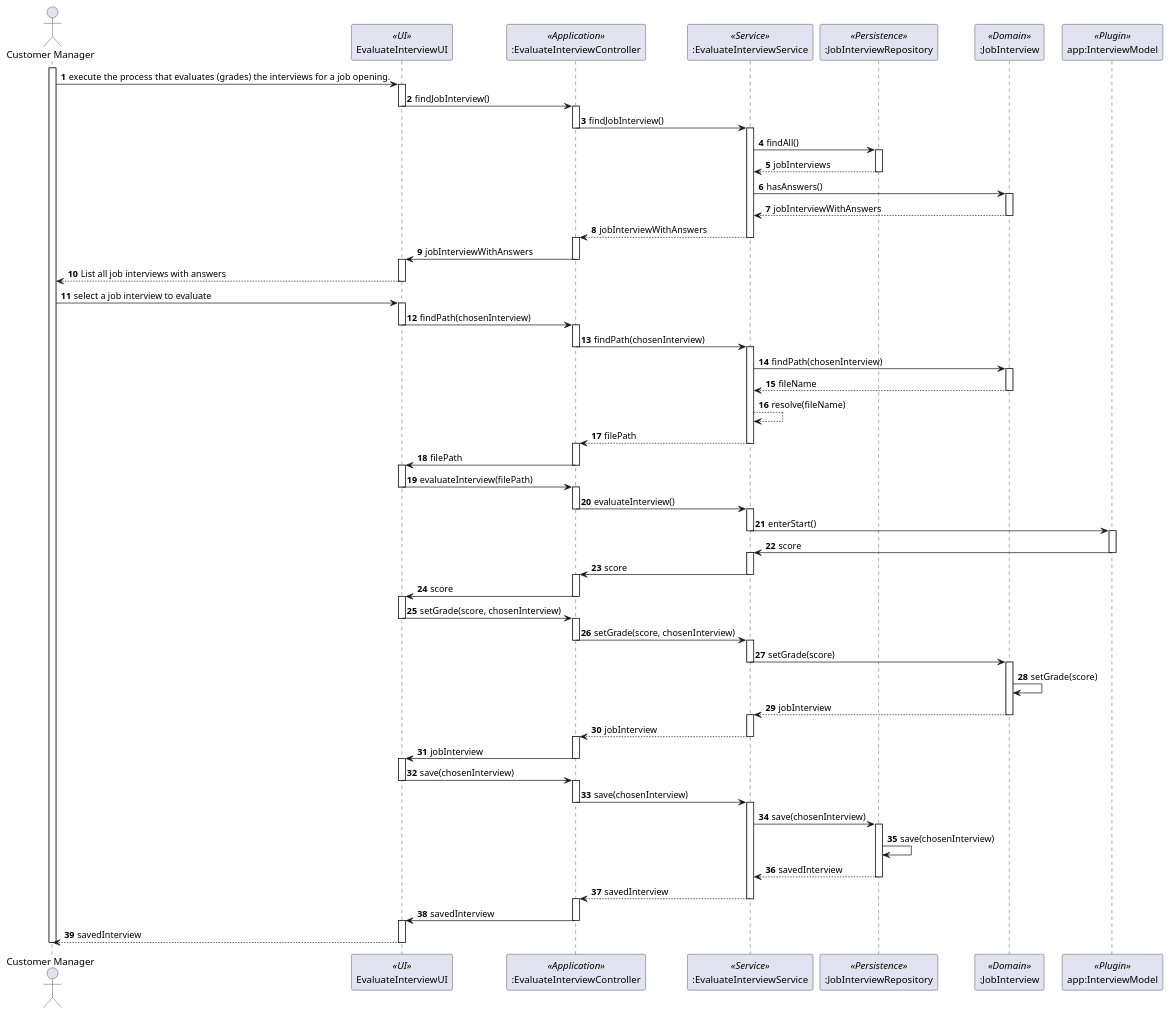
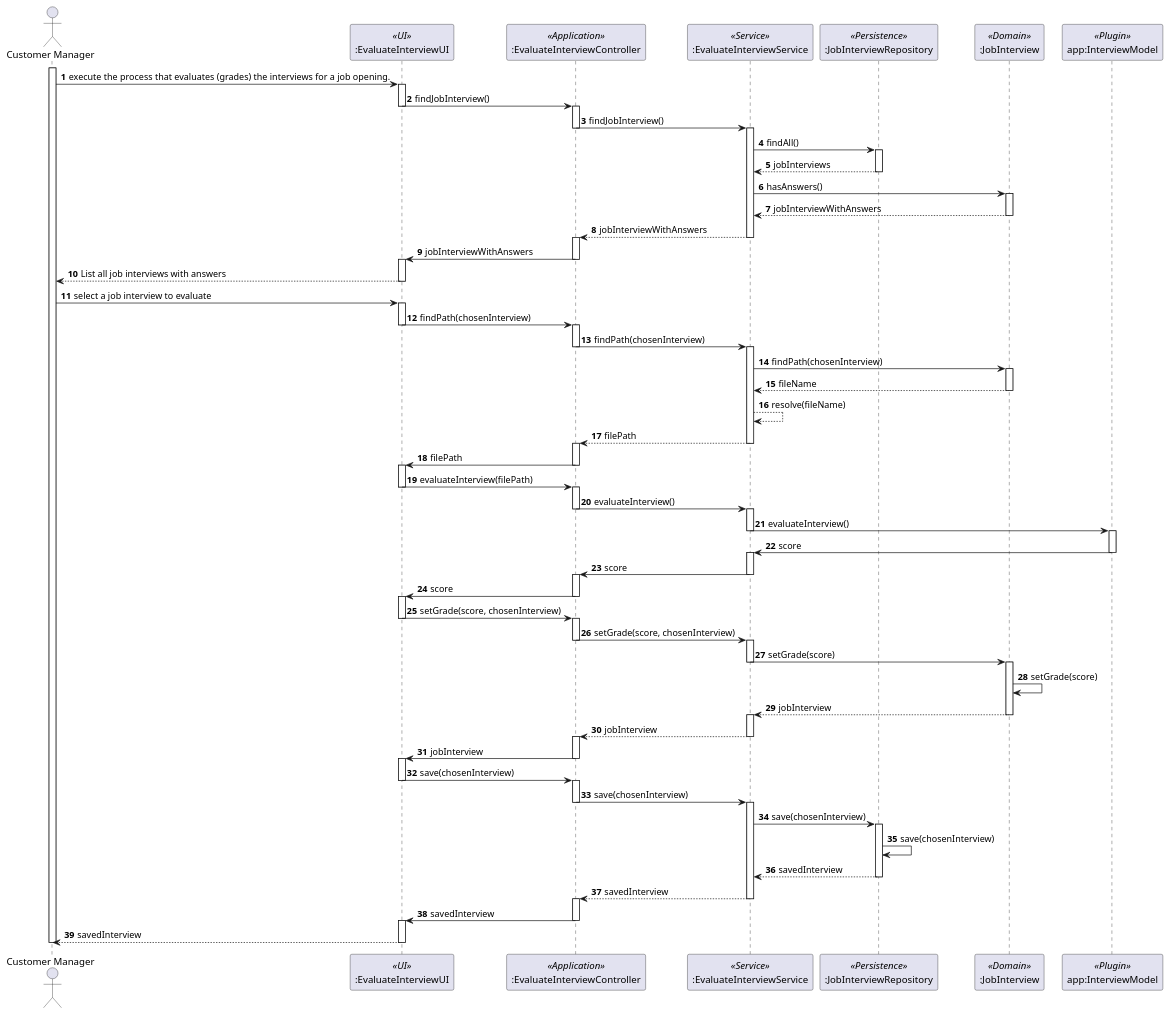
The diagram in docs/sprintC/1018/puml/1018-sequence-diagram.puml (marcoferreira37/Lapr4), drawn with PlantUML before and after one commit. The commit also changed 8 other files, not shown here.

```diff
--- a/docs/sprintC/1018/puml/1018-sequence-diagram.puml
+++ b/docs/sprintC/1018/puml/1018-sequence-diagram.puml
@@ -1,186 +1,186 @@
 @startuml
 
 actor "Customer Manager" as Agent
-participant "EvaluateInterviewUI" as ui <<UI>>
+participant ":EvaluateInterviewUI" as ui <<UI>>
 participant ":EvaluateInterviewController" as ctrl <<Application>>
 participant ":EvaluateInterviewService" as jobServ <<Service>>
 participant ":JobInterviewRepository" as jobInterRepo <<Persistence>>
 participant ":JobInterview" as jobInterview <<Domain>>
 participant "app:InterviewModel" as interview <<Plugin>>
 
 autonumber
 
 activate Agent
 
 
 
 Agent -> ui: execute the process that evaluates (grades) the interviews for a job opening.
 activate ui
 
 ui -> ctrl: findJobInterview()
 deactivate ui
 
 activate ctrl
 
 ctrl -> jobServ: findJobInterview()
 deactivate ctrl
 
 activate jobServ
 
 jobServ -> jobInterRepo: findAll()
 activate jobInterRepo
 
 jobInterRepo --> jobServ: jobInterviews
 deactivate jobInterRepo
 
 jobServ -> jobInterview: hasAnswers()
 activate jobInterview
 
 jobInterview --> jobServ: jobInterviewWithAnswers
 
 deactivate jobInterview
 
 jobServ --> ctrl: jobInterviewWithAnswers
 deactivate jobServ
 
 activate ctrl
 
 ctrl -> ui: jobInterviewWithAnswers
 deactivate ctrl
 
 activate ui
 
 ui --> Agent: List all job interviews with answers
 deactivate ui
 
 Agent -> ui: select a job interview to evaluate
 activate ui
 
 
 ui -> ctrl :findPath(chosenInterview)
 deactivate ui
 
 activate ctrl
 
 ctrl -> jobServ: findPath(chosenInterview)
 deactivate ctrl
 
 activate jobServ
 
 jobServ -> jobInterview: findPath(chosenInterview)
 activate jobInterview
 
 jobInterview --> jobServ: fileName
 deactivate jobInterview
 
 jobServ --> jobServ: resolve(fileName)
 jobServ --> ctrl: filePath
 deactivate jobServ
 
 activate ctrl
 
 ctrl -> ui: filePath
 deactivate ctrl
 
 activate ui
 
 
 
 
 
 ui -> ctrl: evaluateInterview(filePath)
 deactivate ui
 
 activate ctrl
 
 ctrl -> jobServ: evaluateInterview()
 deactivate ctrl
 
 activate jobServ
 
 
-jobServ -> interview: enterStart()
+jobServ -> interview: evaluateInterview()
 deactivate jobServ
 
 activate interview
 
 
 
 
 interview -> jobServ: score
 deactivate interview
 activate jobServ
 
 jobServ -> ctrl: score
 deactivate jobServ
 activate ctrl
 ctrl -> ui: score
 deactivate ctrl
 activate ui
 ui -> ctrl: setGrade(score, chosenInterview)
 deactivate ui
 activate ctrl
 ctrl -> jobServ: setGrade(score, chosenInterview)
 deactivate ctrl
 activate jobServ
 jobServ -> jobInterview: setGrade(score)
 deactivate jobServ
 
 activate jobInterview
 jobInterview -> jobInterview: setGrade(score)
 jobInterview --> jobServ: jobInterview
 deactivate jobInterview
 activate jobServ
 
 jobServ --> ctrl: jobInterview
 deactivate jobServ
 
 activate ctrl
 
 ctrl -> ui: jobInterview
 deactivate ctrl
 
 activate ui
 
 ui -> ctrl: save(chosenInterview)
 deactivate ui
 
 activate ctrl
 
 ctrl -> jobServ: save(chosenInterview)
 deactivate ctrl
 
 activate jobServ
 
 jobServ -> jobInterRepo: save(chosenInterview)
 activate jobInterRepo
 
 
 jobInterRepo -> jobInterRepo: save(chosenInterview)
 jobInterRepo --> jobServ: savedInterview
 
 deactivate jobInterRepo
 
 jobServ --> ctrl: savedInterview
 deactivate jobServ
 
 
 activate ctrl
 
 ctrl -> ui: savedInterview
 
 deactivate ctrl
 
 activate ui
 
 ui --> Agent: savedInterview
 deactivate ui
 
 
 
 
 deactivate Agent
 
 
 
 @enduml
```
